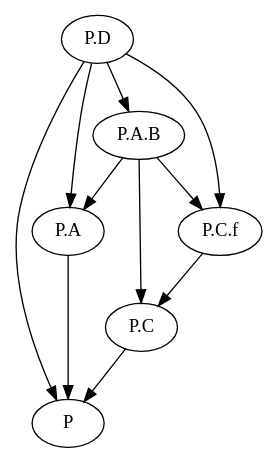
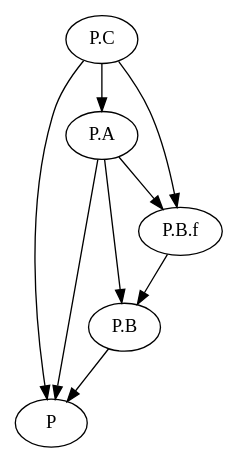
One commit to ErikHedblom/Master-Thesis changed the diagram in Dot/DotAccess.dot. Above: the diagram before and after it, drawn with Graphviz. The commit also changed 11 other files, not shown here.

```diff
--- a/Dot/DotAccess.dot
+++ b/Dot/DotAccess.dot
@@ -1,13 +1,11 @@
 digraph DependencyGraph {
 	"P"
 	"P.A" -> "P"
-	"P.A.B" -> "P.A"
-	"P.A.B" -> "P.C"
-	"P.A.B" -> "P.C.f"
-	"P.D" -> "P"
-	"P.D" -> "P.A"
-	"P.D" -> "P.A.B"
-	"P.D" -> "P.C.f"
+	"P.A" -> "P.B"
+	"P.A" -> "P.B.f"
+	"P.B" -> "P"
+	"P.B.f" -> "P.B"
 	"P.C" -> "P"
-	"P.C.f" -> "P.C"
+	"P.C" -> "P.A"
+	"P.C" -> "P.B.f"
 }
```
